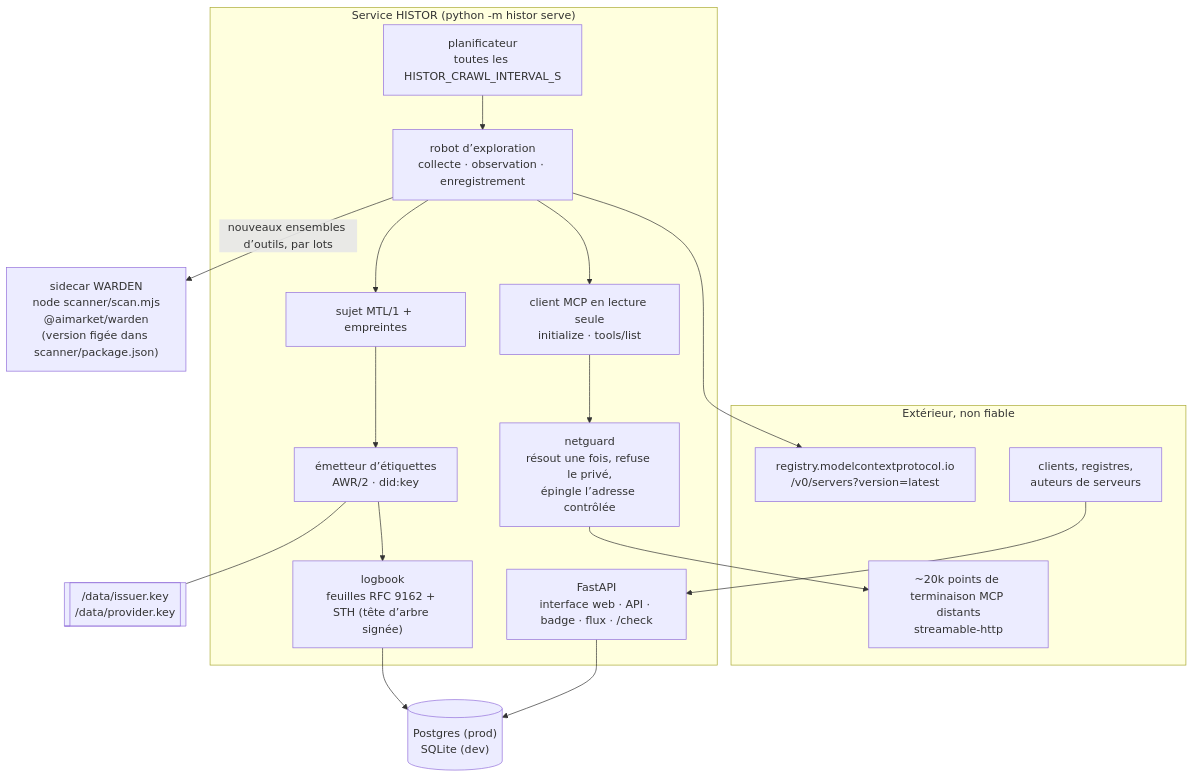
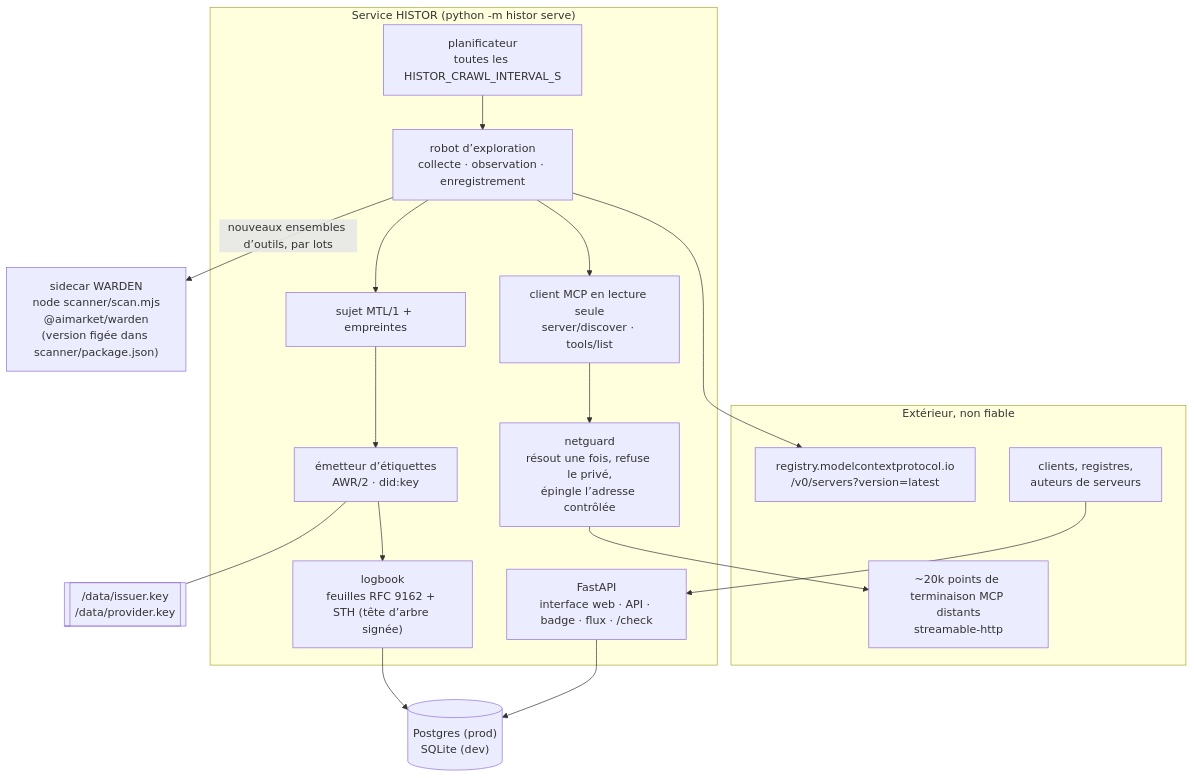
Before and after one commit to alexar76/histor: the first of 4 diagrams in docs/architecture.fr.md, drawn with Mermaid. The commit also changed other lines of this file and 78 other files, not shown here.

````diff
--- a/docs/architecture.fr.md
+++ b/docs/architecture.fr.md
@@ -9,30 +9,30 @@
 ```mermaid
 flowchart TB
     subgraph Outside["Extérieur, non fiable"]
         REG["registry.modelcontextprotocol.io<br/>/v0/servers?version=latest"]
         MCP["~20k points de terminaison MCP distants<br/>streamable-http"]
         CLIENT["clients, registres,<br/>auteurs de serveurs"]
     end
     subgraph Service["Service HISTOR (python -m histor serve)"]
         SCHED["planificateur<br/>toutes les HISTOR_CRAWL_INTERVAL_S"]
         CRAWL["robot d’exploration<br/>collecte · observation · enregistrement"]
         GUARD["netguard<br/>résout une fois, refuse le privé,<br/>épingle l’adresse contrôlée"]
-        READER["client MCP en lecture seule<br/>initialize · tools/list"]
+        READER["client MCP en lecture seule<br/>server/discover · tools/list"]
         SUBJ["sujet MTL/1 + empreintes"]
         LABELS["émetteur d’étiquettes<br/>AWR/2 · did:key"]
         LOG["logbook<br/>feuilles RFC 9162 + STH (tête d’arbre signée)"]
         API["FastAPI<br/>interface web · API · badge · flux · /check"]
     end
     SIDE["sidecar WARDEN<br/>node scanner/scan.mjs<br/>@aimarket/warden<br/>(version figée dans scanner/package.json)"]
     DB[("Postgres (prod)<br/>SQLite (dev)")]
     KEY[["/data/issuer.key<br/>/data/provider.key"]]
 
     SCHED --> CRAWL
     CRAWL --> REG
     CRAWL --> READER --> GUARD --> MCP
     CRAWL --> SUBJ --> LABELS --> LOG --> DB
     CRAWL -- "nouveaux ensembles d’outils, par lots" --> SIDE
     LABELS --- KEY
     API --> DB
     CLIENT --> API
 ```
````
